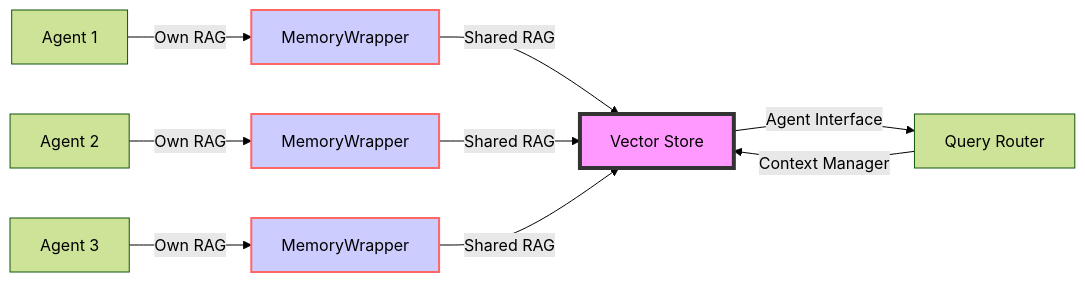
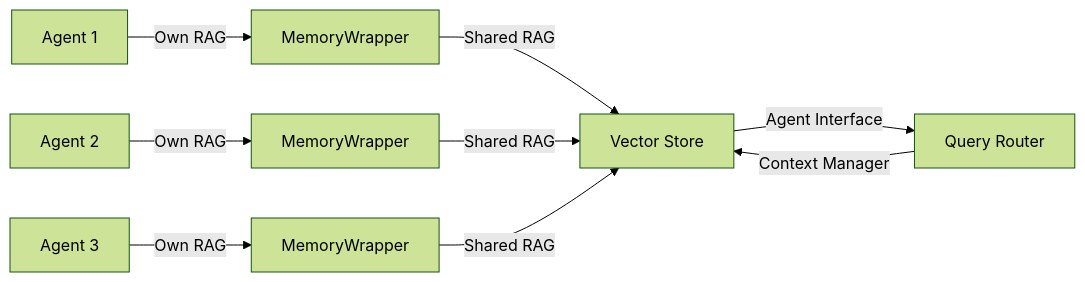
The second of 2 diagrams in README.md (The-Swarm-Corporation/AgentRAGProtocol), drawn with Mermaid (forest theme) before and after one commit.

Commit message:
[CLEANUP]

````diff
--- a/README.md
+++ b/README.md
@@ -109,15 +109,13 @@
 ```mermaid
 graph LR
     A[Agent 1] -->|Own RAG| A1[MemoryWrapper]
     B[Agent 2] -->|Own RAG| B1[MemoryWrapper]
     C[Agent 3] -->|Own RAG| C1[MemoryWrapper]
     A1 -->|Shared RAG| D[Vector Store]
     B1 -->|Shared RAG| D
     C1 -->|Shared RAG| D
     D -->|Agent Interface| E[Query Router]
     E -->|Context Manager| D
-    classDef shared fill:#f9f,stroke:#333,stroke-width:4px;
     class D shared;
-    classDef own fill:#ccf,stroke:#f66,stroke-width:2px;
     class A1,B1,C1 own;
 ```
````
